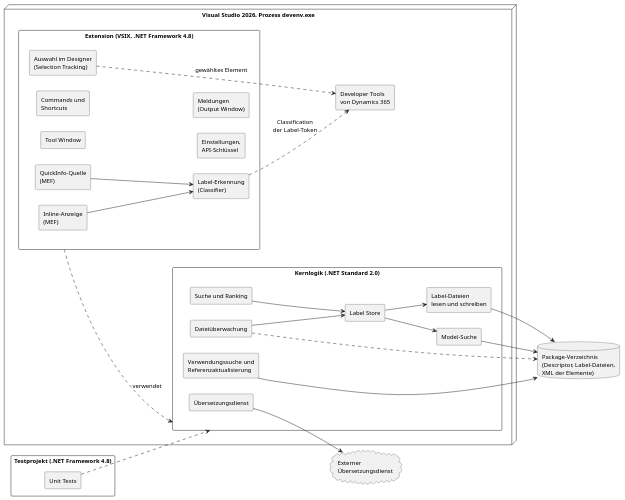
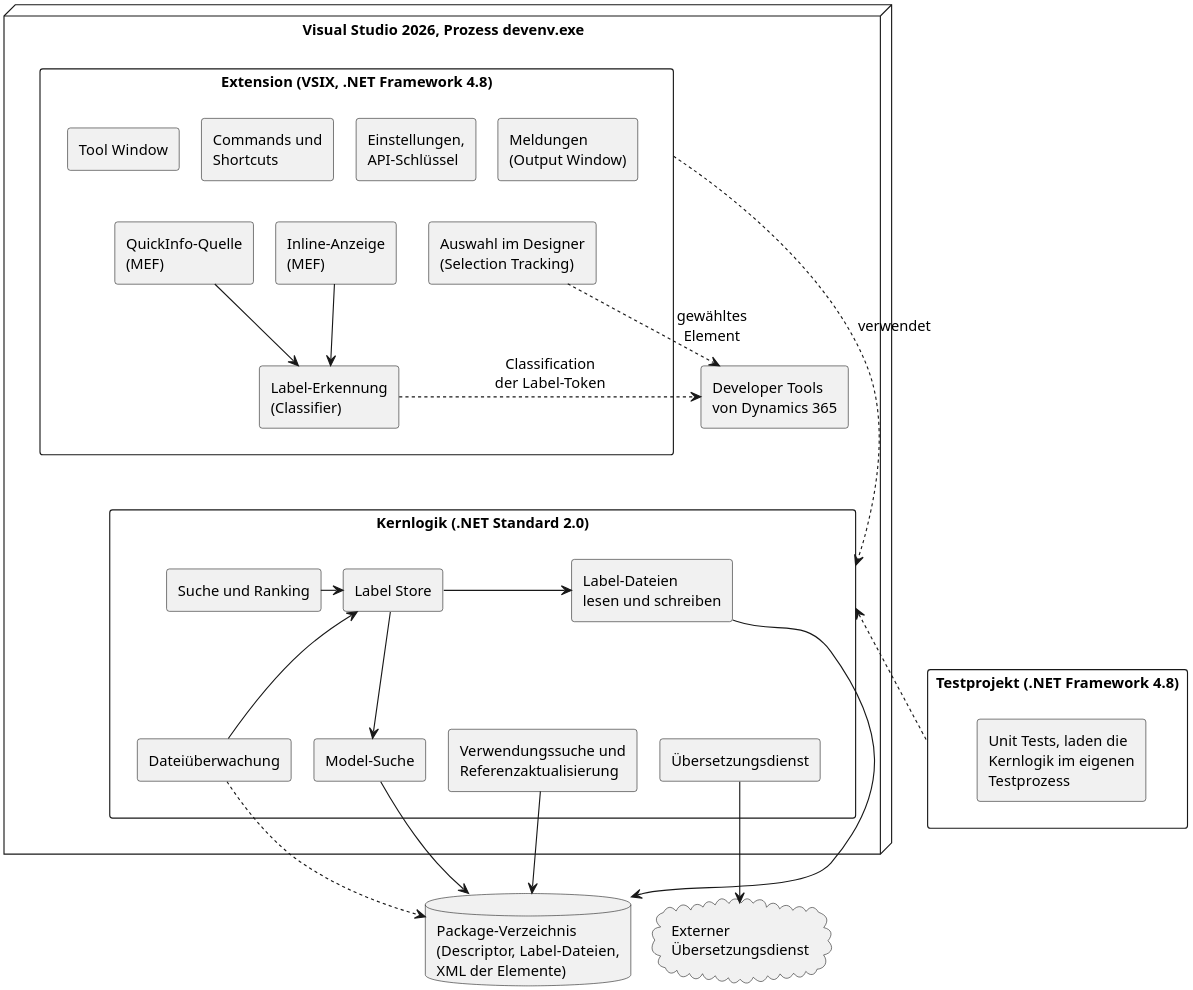
Before and after one commit to Adyrem/diploma-label-localization: the diagram in documentation/diagrams/Systemarchitektur.puml, drawn with PlantUML. The commit also changed 19 other files, not shown here.

Commit message:
Konzept überarbeitet: Festlegungen und fachliche Regeln verteilt, Diagramme kompakter, Sequenz zum Sprung, weniger Verweise, Aufwand AP5.3

```diff
--- a/documentation/diagrams/Systemarchitektur.puml
+++ b/documentation/diagrams/Systemarchitektur.puml
@@ -1,61 +1,79 @@
 @startuml
 ' Systemarchitektur der Extension: drei Projekte, Laufzeitumgebung und externe Systeme.
+' Extension oben, Kernlogik darunter, Ablagen und Dienste unter dem Rahmen.
 ' Rendern: plantuml -tpng -charset UTF-8 Systemarchitektur.puml
+' Höhere Auflösung, damit das Bild im PDF scharf bleibt.
+skinparam dpi 240
 
 skinparam defaultFontSize 13
 skinparam componentStyle rectangle
 skinparam packageStyle rectangle
 skinparam shadowing false
-left to right direction
+skinparam nodesep 20
+skinparam ranksep 35
 
 node "Visual Studio 2026, Prozess devenv.exe" as VS {
 
   package "Extension (VSIX, .NET Framework 4.8)" as EXT {
     component "Tool Window" as TW
     component "Commands und\nShortcuts" as CMD
-    component "Label-Erkennung\n(Classifier)" as REC
+    component "Einstellungen,\nAPI-Schlüssel" as SET
+    component "Meldungen\n(Output Window)" as OUT
     component "QuickInfo-Quelle\n(MEF)" as QI
     component "Inline-Anzeige\n(MEF)" as INL
+    component "Label-Erkennung\n(Classifier)" as REC
     component "Auswahl im Designer\n(Selection Tracking)" as SEL
-    component "Einstellungen,\nAPI-Schlüssel" as SET
-    component "Meldungen\n(Output Window)" as OUT
-  }
-
-  package "Kernlogik (.NET Standard 2.0)" as CORE {
-    component "Label Store" as STORE
-    component "Suche und Ranking" as SEARCH
-    component "Label-Dateien\nlesen und schreiben" as IO
-    component "Model-Suche" as MOD
-    component "Verwendungssuche und\nReferenzaktualisierung" as REF
-    component "Dateiüberwachung" as WATCH
-    component "Übersetzungsdienst" as TR
   }
 
   component "Developer Tools\nvon Dynamics 365" as D365
+
+  package "Kernlogik (.NET Standard 2.0)" as CORE {
+    component "Suche und Ranking" as SEARCH
+    component "Label Store" as STORE
+    component "Label-Dateien\nlesen und schreiben" as IO
+    component "Dateiüberwachung" as WATCH
+    component "Model-Suche" as MOD
+    component "Verwendungssuche und\nReferenzaktualisierung" as REF
+    component "Übersetzungsdienst" as TR
+  }
 }
 
 package "Testprojekt (.NET Framework 4.8)" as TEST {
-  component "Unit Tests" as UT
+  component "Unit Tests, laden die\nKernlogik im eigenen\nTestprozess" as UT
 }
 
 database "Package-Verzeichnis\n(Descriptor, Label-Dateien,\nXML der Elemente)" as PKG
 cloud "Externer\nÜbersetzungsdienst" as SVC
 
+' Anordnung: Zeilen der Extension
+TW -[hidden]right- CMD
+CMD -[hidden]right- SET
+SET -[hidden]right- OUT
+TW -[hidden]down- QI
+QI -[hidden]right- INL
+INL -[hidden]right- SEL
+' Kernlogik unter der Extension
+REC -[hidden]down- SEARCH
+' Zeilen der Kernlogik
+MOD -[hidden]right- REF
+REF -[hidden]right- TR
+PKG -[hidden]right- SVC
+
 EXT ..> CORE : verwendet
 QI --> REC
 INL --> REC
-REC ..> D365 : Classification\nder Label-Token
-SEL ..> D365 : gewähltes Element
+REC .right.> D365 : Classification\nder Label-Token
+SEL ..> D365 : gewähltes\nElement
 
-SEARCH --> STORE
-STORE --> IO
+SEARCH -right-> STORE
+STORE -right-> IO
+WATCH -up-> STORE
 STORE --> MOD
-WATCH --> STORE
 IO --> PKG
 MOD --> PKG
 REF --> PKG
 WATCH ..> PKG
 TR --> SVC
 
-UT ..> CORE
+TEST .up.> CORE
 @enduml
```
